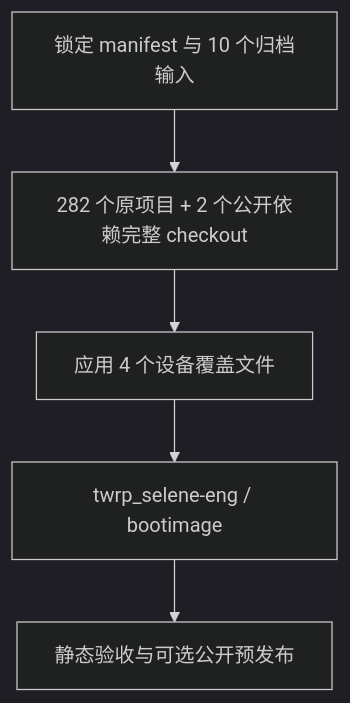
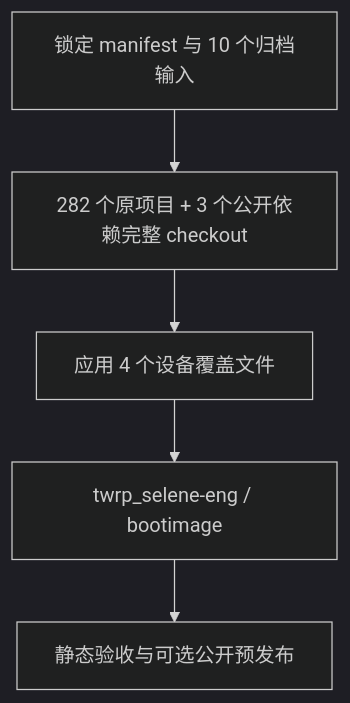
The diagram in README.md (Grinch27/twrp_builder), drawn with Mermaid (dark theme) before and after one commit. The commit also changed other lines of this file and 14 other files, not shown here.

````diff
--- a/README.md
+++ b/README.md
@@ -9,7 +9,7 @@
 ```mermaid
 flowchart TD
-  A["锁定 manifest 与 10 个归档输入"] --> B["282 个原项目 + 2 个公开依赖完整 checkout"]
+  A["锁定 manifest 与 10 个归档输入"] --> B["282 个原项目 + 3 个公开依赖完整 checkout"]
   B --> C["应用 4 个设备覆盖文件"]
   C --> D["twrp_selene-eng / bootimage"]
   D --> E["静态验收与可选公开预发布"]
 ```
````
